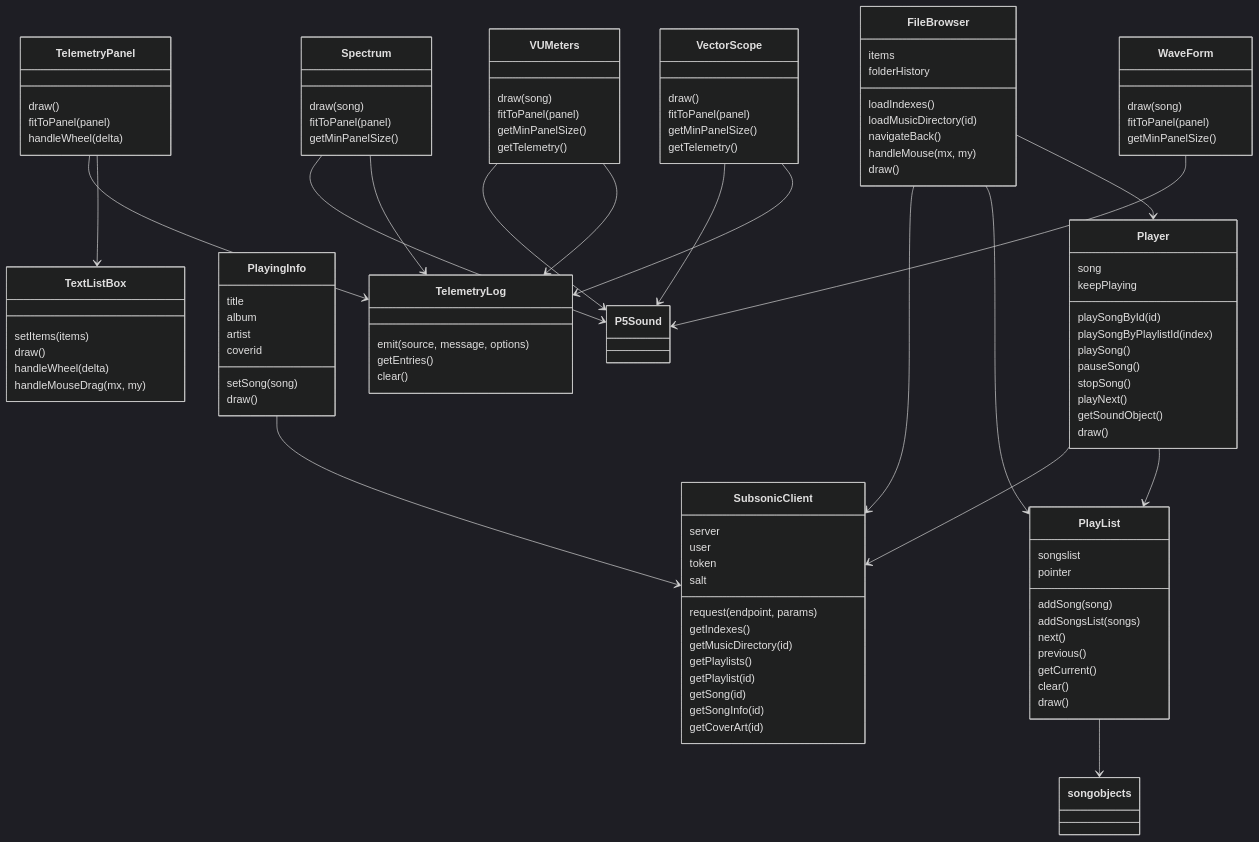
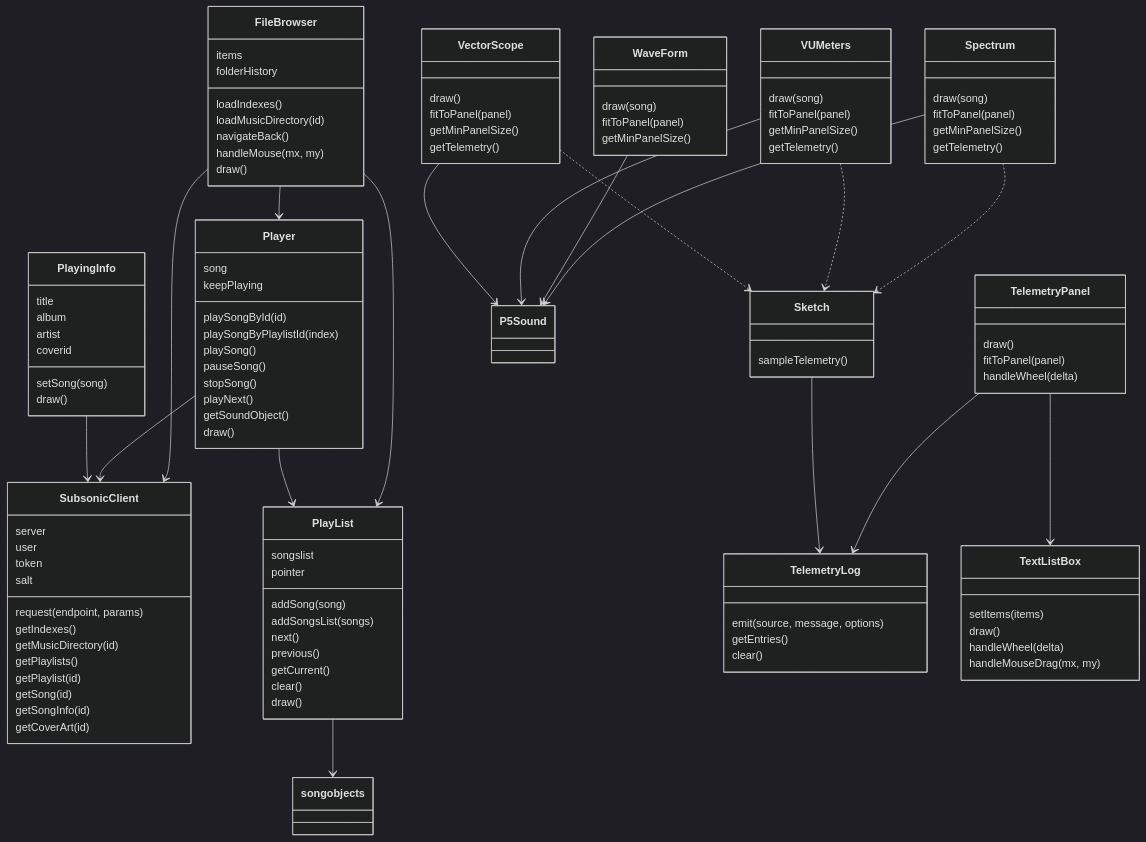
Before and after one commit to Leorivasc/neon_deck: diagram 12 of 12 in doc/diagrams.md, drawn with Mermaid (dark theme). The commit also changed 4 other files, not shown here.

````diff
--- a/doc/diagrams.md
+++ b/doc/diagrams.md
@@ -411,6 +411,7 @@
         draw(song)
         fitToPanel(panel)
         getMinPanelSize()
+        getTelemetry()
     }
 
     class WaveForm {
@@ -452,6 +453,10 @@
         handleMouseDrag(mx, my)
     }
 
+    class Sketch {
+        sampleTelemetry()
+    }
+
     FileBrowser --> SubsonicClient
     FileBrowser --> PlayList
     FileBrowser --> Player
@@ -465,7 +470,8 @@
     VectorScope --> P5Sound
     TelemetryPanel --> TelemetryLog
     TelemetryPanel --> TextListBox
-    Spectrum --> TelemetryLog
-    VUMeters --> TelemetryLog
-    VectorScope --> TelemetryLog
+    Spectrum ..> Sketch
+    VUMeters ..> Sketch
+    VectorScope ..> Sketch
+    Sketch --> TelemetryLog
 ```
````
